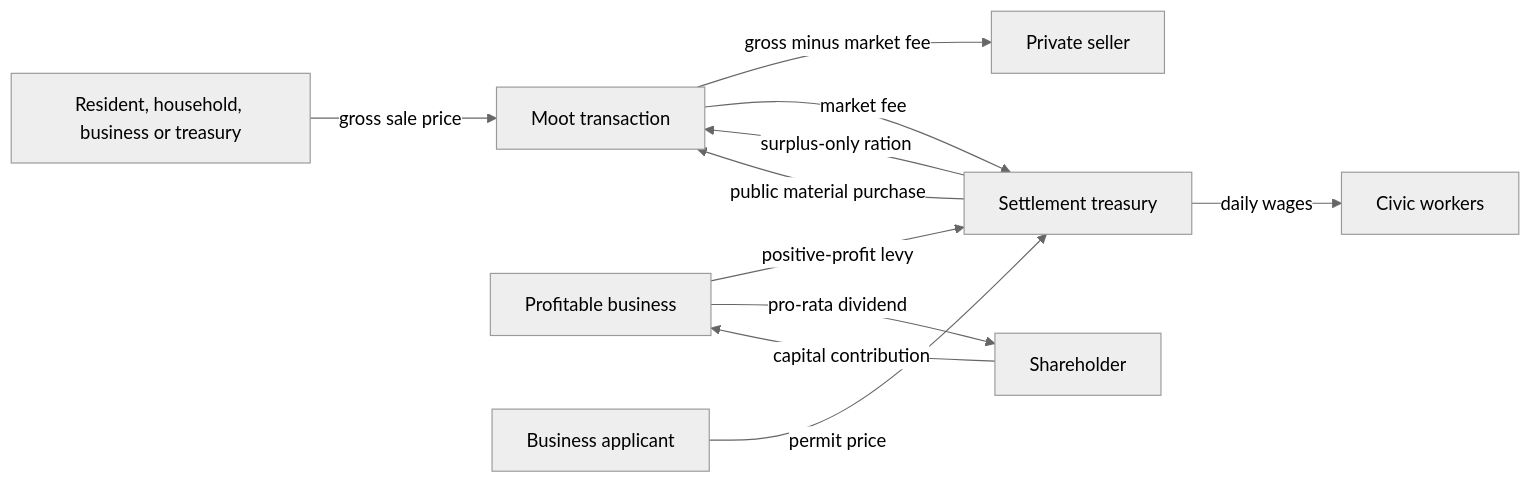
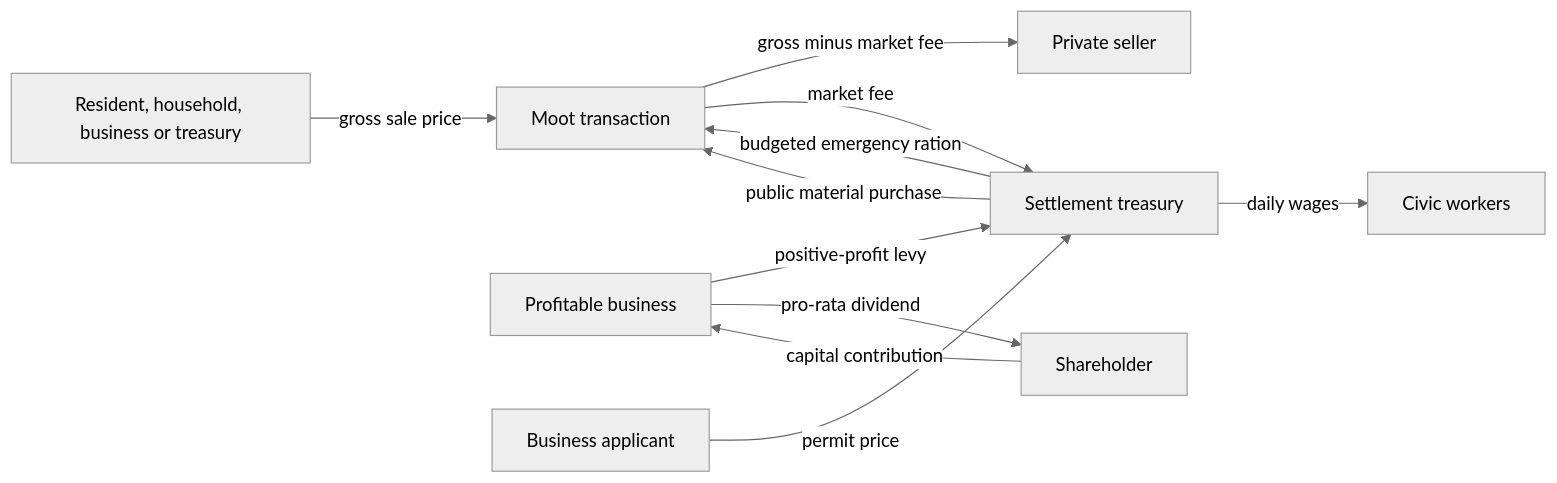
The diagram in docs/CIVIC-ECONOMY.md (doctorsolana/fistworld), drawn with Mermaid (neutral theme) before and after one commit. The commit also changed other lines of this file and 361 other files, not shown here.

````diff
--- a/docs/CIVIC-ECONOMY.md
+++ b/docs/CIVIC-ECONOMY.md
@@ -167,13 +212,13 @@
 ```mermaid
 flowchart LR
     Buyer["Resident, household, business or treasury"] -->|"gross sale price"| Moot["Moot transaction"]
     Moot -->|"gross minus market fee"| Seller["Private seller"]
     Moot -->|"market fee"| Treasury["Settlement treasury"]
     Business["Profitable business"] -->|"positive-profit levy"| Treasury
     Applicant["Business applicant"] -->|"permit price"| Treasury
     Shareholder["Shareholder"] -->|"capital contribution"| Business
     Business -->|"pro-rata dividend"| Shareholder
     Treasury -->|"daily wages"| CivicWorker["Civic workers"]
-    Treasury -->|"surplus-only ration"| Moot
+    Treasury -->|"budgeted emergency ration"| Moot
     Treasury -->|"public material purchase"| Moot
 ```
````
